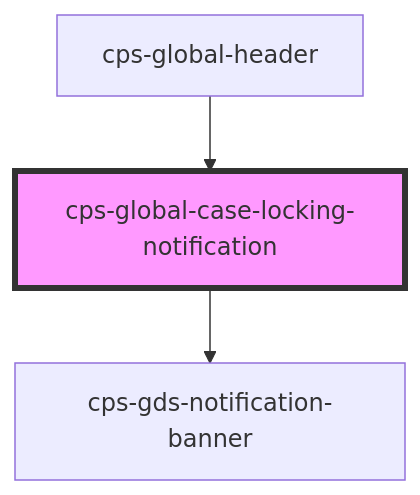
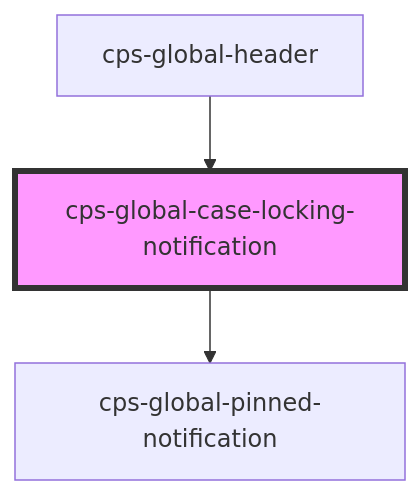
The diagram in packages/cps-global-components/src/components/cps-global-case-locking-notification/readme.md (CPS-Innovation/global-components), drawn with Mermaid before and after one commit. The commit also changed other lines of this file and 19 other files, not shown here.

Commit message:
#FCT2-21274 - add interstitial and new format pinned notification (#1065)

````diff
--- a/packages/cps-global-components/src/components/cps-global-case-locking-notification/readme.md
+++ b/packages/cps-global-components/src/components/cps-global-case-locking-notification/readme.md
@@ -19,6 +19,6 @@
 ```mermaid
 graph TD;
-  cps-global-case-locking-notification --> cps-gds-notification-banner
+  cps-global-case-locking-notification --> cps-global-pinned-notification
   cps-global-header --> cps-global-case-locking-notification
   style cps-global-case-locking-notification fill:#f9f,stroke:#333,stroke-width:4px
 ```
````
